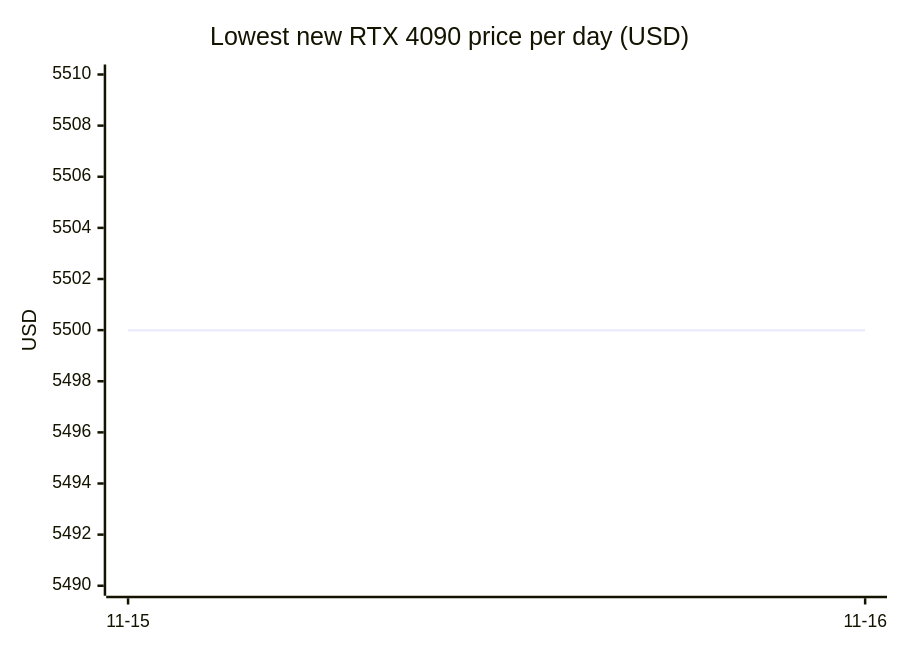
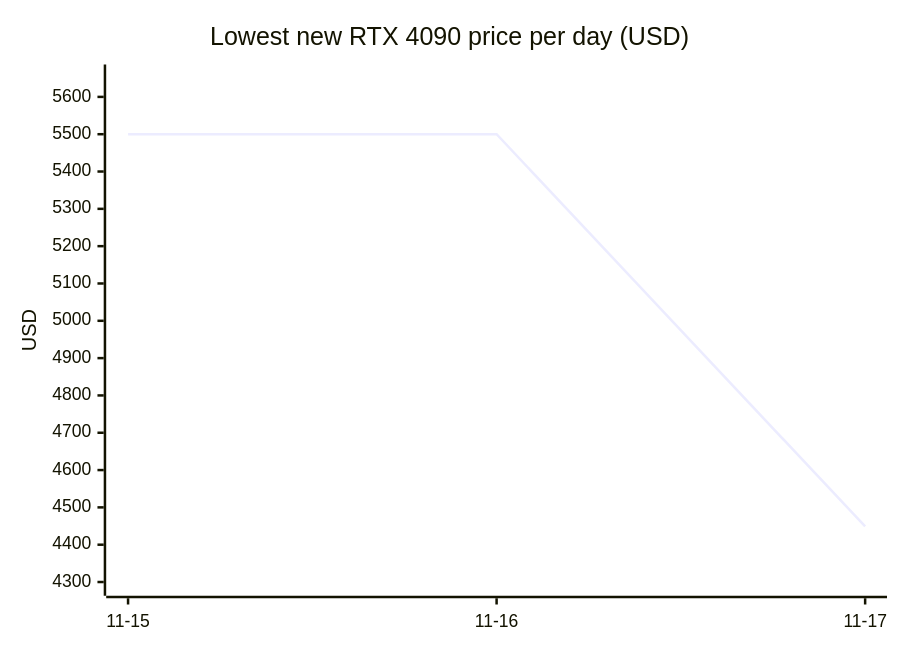
One commit to 7324136828/4tb_ssd_price_watch changed the seventh of 18 diagrams in README.md. Above: the diagram before and after it, drawn with Mermaid. The commit also changed other lines of this file, not shown here.

````diff
--- a/README.md
+++ b/README.md
@@ -417,7 +431,7 @@
 ```mermaid
 xychart-beta
     title "Lowest new RTX 4090 price per day (USD)"
-    x-axis ["11-15", "11-16"]
-    y-axis "USD" 5490 --> 5510
-    line [5500.00, 5500.00]
+    x-axis ["11-15", "11-16", "11-17"]
+    y-axis "USD" 4290 --> 5660
+    line [5500.00, 5500.00, 4449.00]
 ```
````
